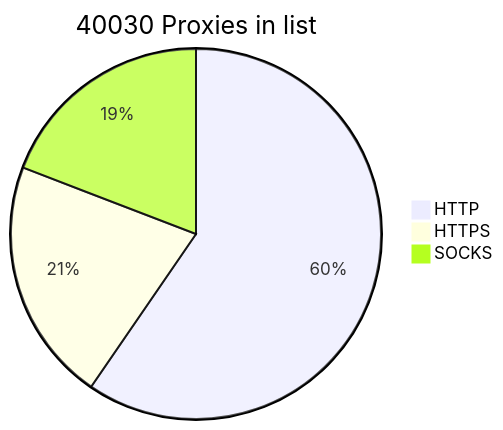
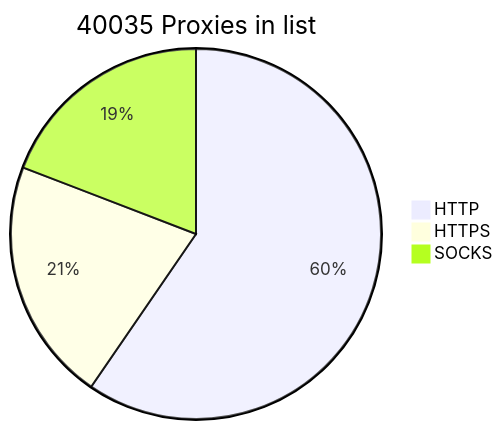
The diagram in README.md (BlackSnowDot/proxylist-update-every-minute), drawn with Mermaid before and after one commit.

````diff
--- a/README.md
+++ b/README.md
@@ -2,6 +2,6 @@
 ```mermaid
-pie title 40030 Proxies in list
-    "HTTP" : 27811
-    "HTTPS": 9926
+pie title 40035 Proxies in list
+    "HTTP" : 27817
+    "HTTPS": 9933
     "SOCKS" : 8946
 ```
````
